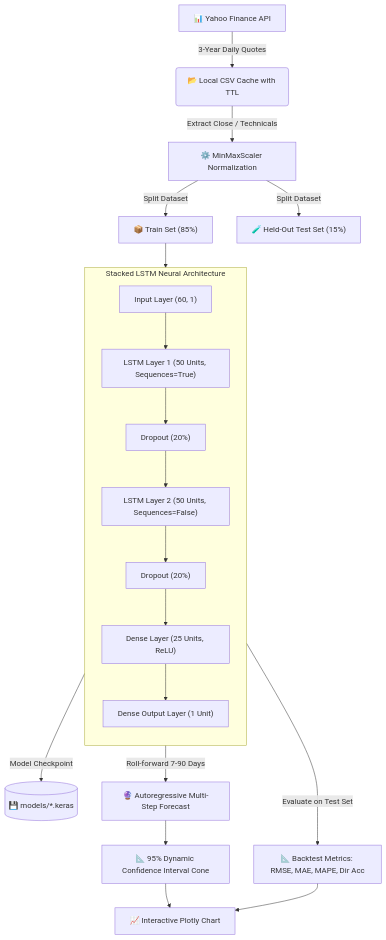
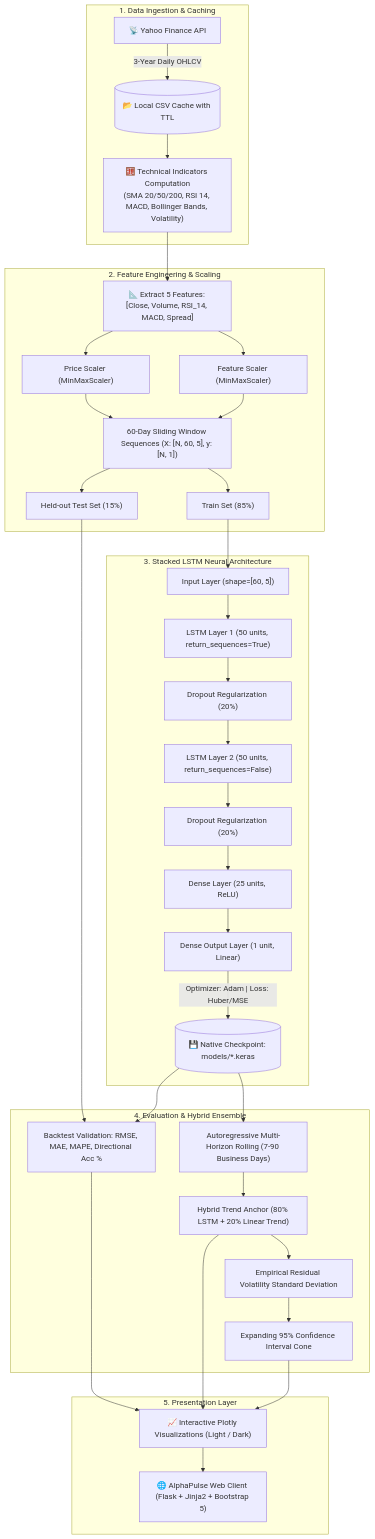
The diagram in README.md (Livesh-L-28/Stock_price_prediction), drawn with Mermaid before and after one commit. The commit also changed other lines of this file, not shown here.

````diff
--- a/README.md
+++ b/README.md
@@ -67,25 +100,40 @@
 ```mermaid
 flowchart TD
-    A["📊 Yahoo Finance API"] -->|"3-Year Daily Quotes"| B("📂 Local CSV Cache with TTL")
-    B -->|"Extract Close / Technicals"| C["⚙️ MinMaxScaler Normalization"]
-    C -->|"Split Dataset"| D1["📦 Train Set (85%)"]
-    C -->|"Split Dataset"| D2["🧪 Held-Out Test Set (15%)"]
-
-    subgraph Architecture ["Stacked LSTM Neural Architecture"]
-        direction TB
-        E0["Input Layer (60, 1)"] --> E1["LSTM Layer 1 (50 Units, Sequences=True)"]
-        E1 --> E2["Dropout (20%)"]
-        E2 --> E3["LSTM Layer 2 (50 Units, Sequences=False)"]
-        E3 --> E4["Dropout (20%)"]
-        E4 --> E5["Dense Layer (25 Units, ReLU)"]
-        E5 --> E6["Dense Output Layer (1 Unit)"]
+    subgraph INGESTION ["1. Data Ingestion & Caching"]
+        A["📡 Yahoo Finance API"] -->|"3-Year Daily OHLCV"| B[("📂 Local CSV Cache with TTL")]
+        B --> C["🧮 Technical Indicators Computation\n(SMA 20/50/200, RSI 14, MACD, Bollinger Bands, Volatility)"]
     end
 
-    D1 --> Architecture
-    Architecture -->|"Model Checkpoint"| SAVE[("💾 models/*.keras")]
-    Architecture -->|"Evaluate on Test Set"| EVAL["📐 Backtest Metrics: RMSE, MAE, MAPE, Dir Acc"]
-    Architecture -->|"Roll-forward 7-90 Days"| FORECAST["🔮 Autoregressive Multi-Step Forecast"]
-    FORECAST --> CONE["📐 95% Dynamic Confidence Interval Cone"]
-    CONE --> PLOT["📈 Interactive Plotly Chart"]
-    EVAL --> PLOT
+    subgraph PIPELINE ["2. Feature Engineering & Scaling"]
+        C --> D["📐 Extract 5 Features: [Close, Volume, RSI_14, MACD, Spread]"]
+        D --> E1["Price Scaler (MinMaxScaler)"]
+        D --> E2["Feature Scaler (MinMaxScaler)"]
+        E1 & E2 --> F["60-Day Sliding Window Sequences (X: [N, 60, 5], y: [N, 1])"]
+        F --> G1["Train Set (85%)"]
+        F --> G2["Held-out Test Set (15%)"]
+    end
+
+    subgraph MODEL ["3. Stacked LSTM Neural Architecture"]
+        G1 --> H0["Input Layer (shape=[60, 5])"]
+        H0 --> H1["LSTM Layer 1 (50 units, return_sequences=True)"]
+        H1 --> H2["Dropout Regularization (20%)"]
+        H2 --> H3["LSTM Layer 2 (50 units, return_sequences=False)"]
+        H3 --> H4["Dropout Regularization (20%)"]
+        H4 --> H5["Dense Layer (25 units, ReLU)"]
+        H5 --> H6["Dense Output Layer (1 unit, Linear)"]
+        H6 -->|"Optimizer: Adam | Loss: Huber/MSE"| H7[("💾 Native Checkpoint: models/*.keras")]
+    end
+
+    subgraph INFERENCE ["4. Evaluation & Hybrid Ensemble"]
+        G2 & H7 --> I1["Backtest Validation: RMSE, MAE, MAPE, Directional Acc %"]
+        H7 --> I2["Autoregressive Multi-Horizon Rolling (7-90 Business Days)"]
+        I2 --> I3["Hybrid Trend Anchor (80% LSTM + 20% Linear Trend)"]
+        I3 --> I4["Empirical Residual Volatility Standard Deviation"]
+        I4 --> I5["Expanding 95% Confidence Interval Cone"]
+    end
+
+    subgraph PRESENTATION ["5. Presentation Layer"]
+        I1 & I3 & I5 --> J["📈 Interactive Plotly Visualizations (Light / Dark)"]
+        J --> K["🌐 AlphaPulse Web Client (Flask + Jinja2 + Bootstrap 5)"]
+    end
 ```
````
